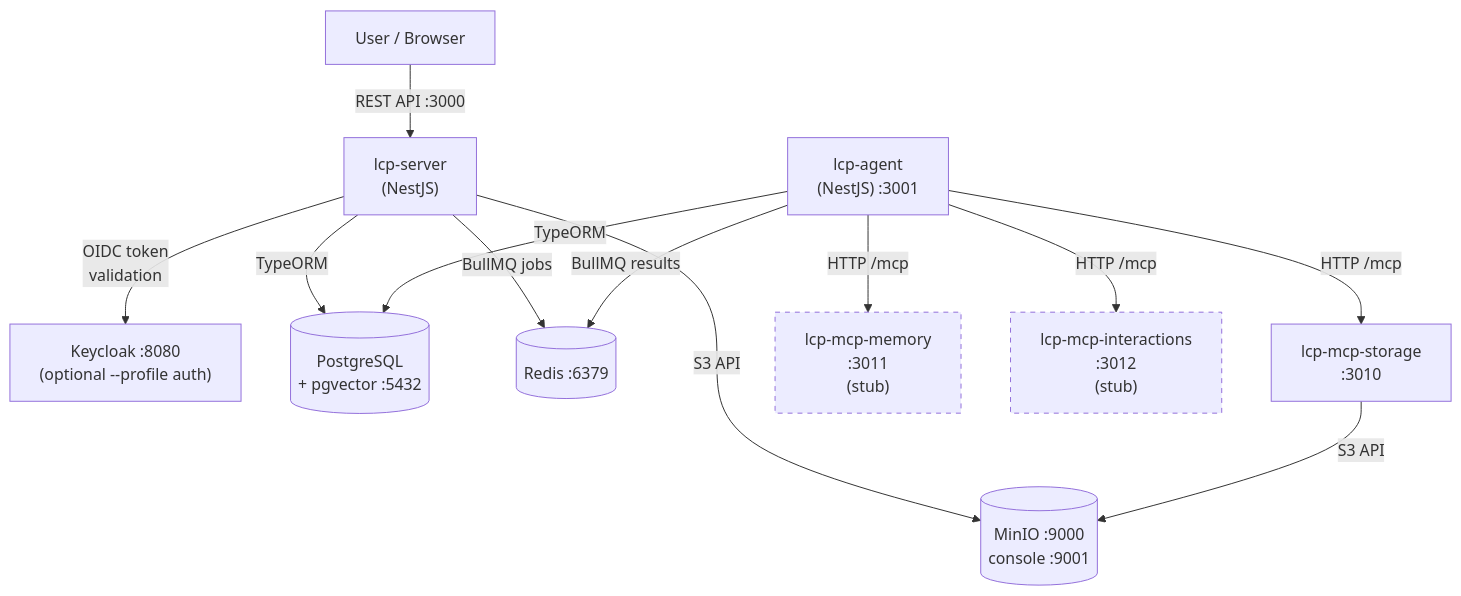
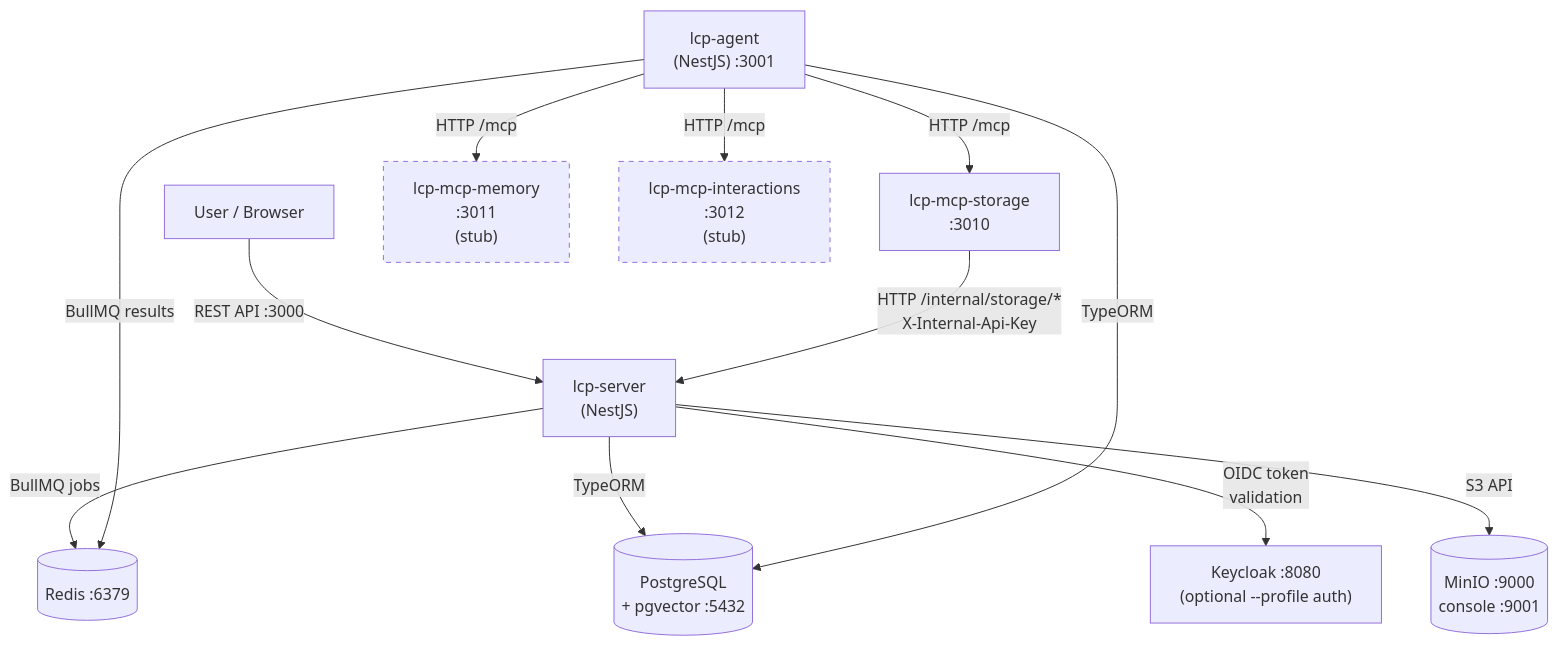
The first of 3 diagrams in README.md (instantiator/tcp-server), drawn with Mermaid before and after one commit. The commit also changed other lines of this file and 1 other file, not shown here.

Commit message:
Small updates to documentation

````diff
--- a/README.md
+++ b/README.md
@@ -26,16 +26,16 @@
 ```mermaid
 graph TD
   User["User / Browser"] -->|REST API :3000| LcpServer["lcp-server\n(NestJS)"]
   LcpServer -->|OIDC token\nvalidation| Keycloak["Keycloak :8080\n(optional --profile auth)"]
   LcpServer -->|TypeORM| Postgres[(PostgreSQL\n+ pgvector :5432)]
   LcpServer -->|BullMQ jobs| Redis[(Redis :6379)]
   LcpServer -->|S3 API| MinIO[(MinIO :9000\nconsole :9001)]
   LcpAgent["lcp-agent\n(NestJS) :3001"] -->|BullMQ results| Redis
   LcpAgent -->|TypeORM| Postgres
   LcpAgent -->|HTTP /mcp| McpStorage["lcp-mcp-storage\n:3010"]
   LcpAgent -->|HTTP /mcp| McpMemory["lcp-mcp-memory\n:3011\n(stub)"]
   LcpAgent -->|HTTP /mcp| McpInteract["lcp-mcp-interactions\n:3012\n(stub)"]
-  McpStorage -->|S3 API| MinIO
+  McpStorage -->|HTTP /internal/storage/*\nX-Internal-Api-Key| LcpServer
   style McpMemory stroke-dasharray: 5 5
   style McpInteract stroke-dasharray: 5 5
 ```
````
